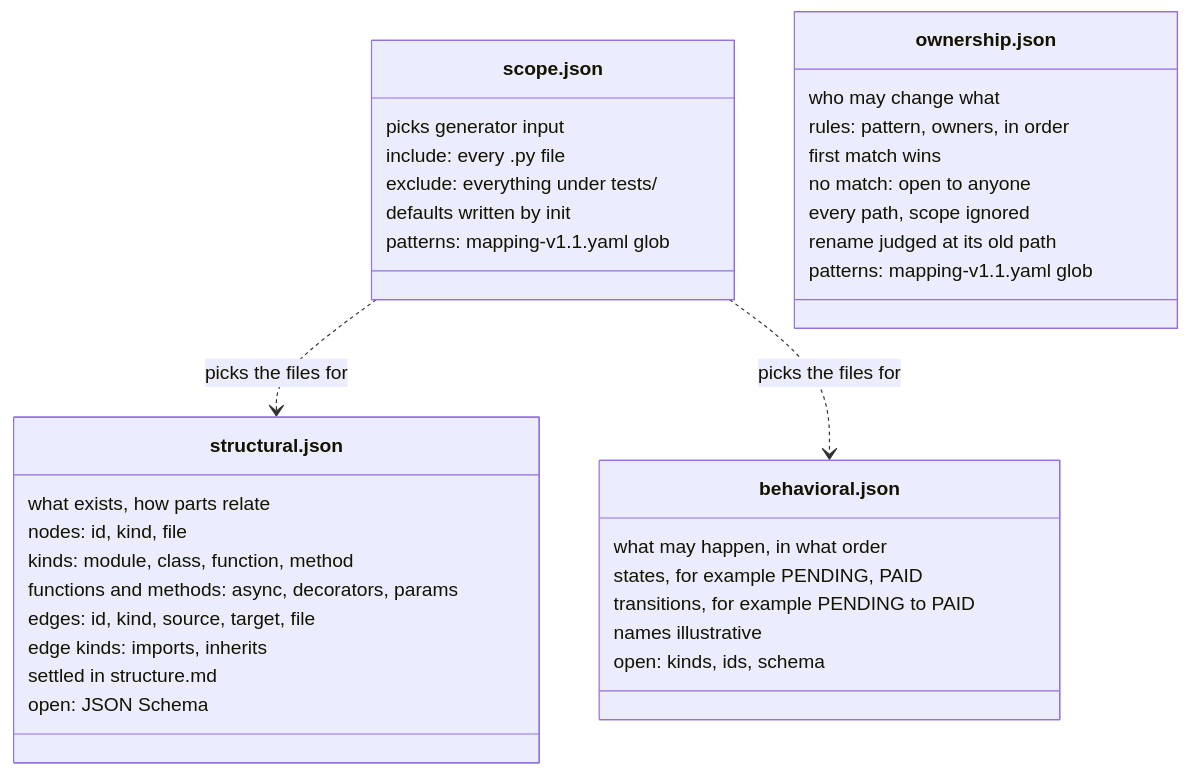
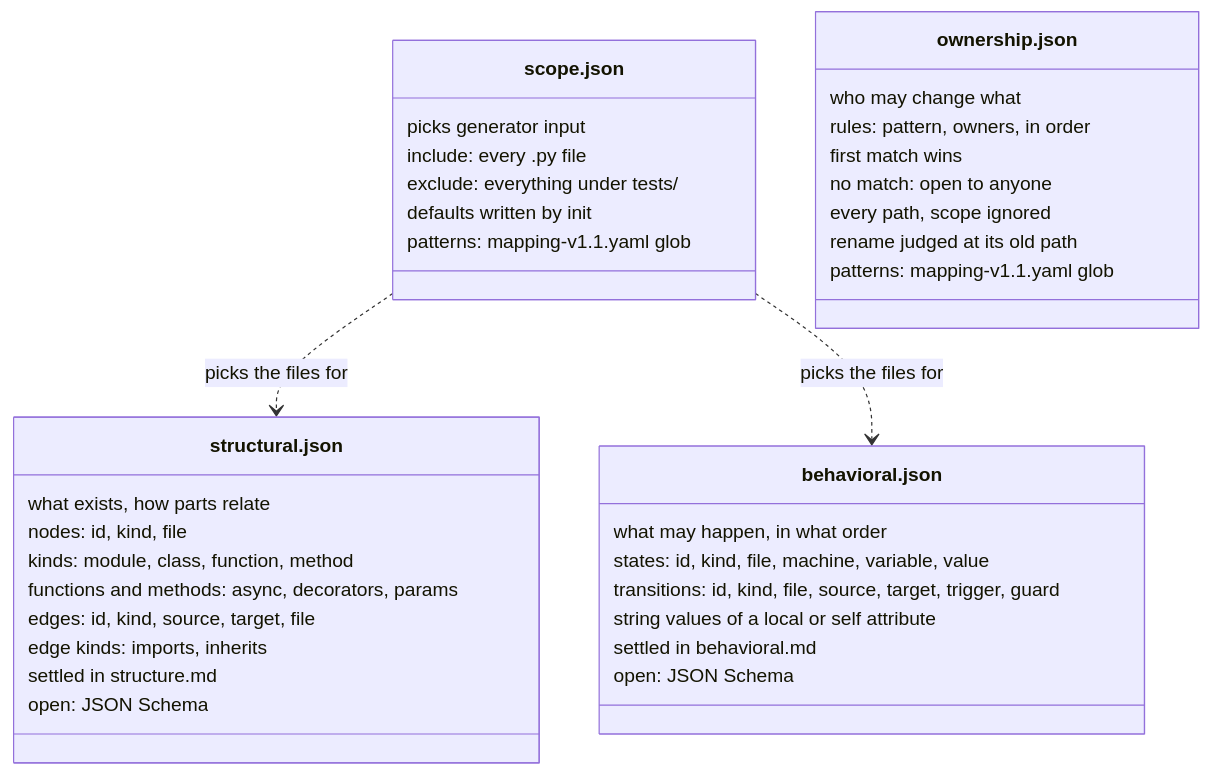
The diagram in docs/models/models-folder.md (MuhammadSban/DocumentationModelDrifter), drawn with Mermaid before and after one commit. The commit also changed other lines of this file and 12 other files, not shown here.

````diff
--- a/docs/models/models-folder.md
+++ b/docs/models/models-folder.md
@@ -7,42 +7,43 @@
 ```mermaid
 classDiagram
     accTitle: The four files in /models
-    accDescr: scope.json picks which files feed the structural and behavioral generators. structural.json holds nodes and edges, behavioral.json at least states and transitions, ownership.json an ordered list of rules. Open items are named in each box.
+    accDescr: scope.json picks which files feed the structural and behavioral generators. structural.json holds nodes and edges, behavioral.json states and transitions, ownership.json an ordered list of rules. Open items are named in each box.
 
     class scope["scope.json"] {
         picks generator input
         include: every .py file
         exclude: everything under tests/
         defaults written by init
         patterns: mapping-v1.1.yaml glob
     }
     class structural["structural.json"] {
         what exists, how parts relate
         nodes: id, kind, file
         kinds: module, class, function, method
         functions and methods: async, decorators, params
         edges: id, kind, source, target, file
         edge kinds: imports, inherits
         settled in structure.md
         open: JSON Schema
     }
     class behavioral["behavioral.json"] {
         what may happen, in what order
-        states, for example PENDING, PAID
-        transitions, for example PENDING to PAID
-        names illustrative
-        open: kinds, ids, schema
+        states: id, kind, file, machine, variable, value
+        transitions: id, kind, file, source, target, trigger, guard
+        string values of a local or self attribute
+        settled in behavioral.md
+        open: JSON Schema
     }
     class ownership["ownership.json"] {
         who may change what
         rules: pattern, owners, in order
         first match wins
         no match: open to anyone
         every path, scope ignored
         rename judged at its old path
         patterns: mapping-v1.1.yaml glob
     }
 
     scope ..> structural : picks the files for
     scope ..> behavioral : picks the files for
 ```
````
